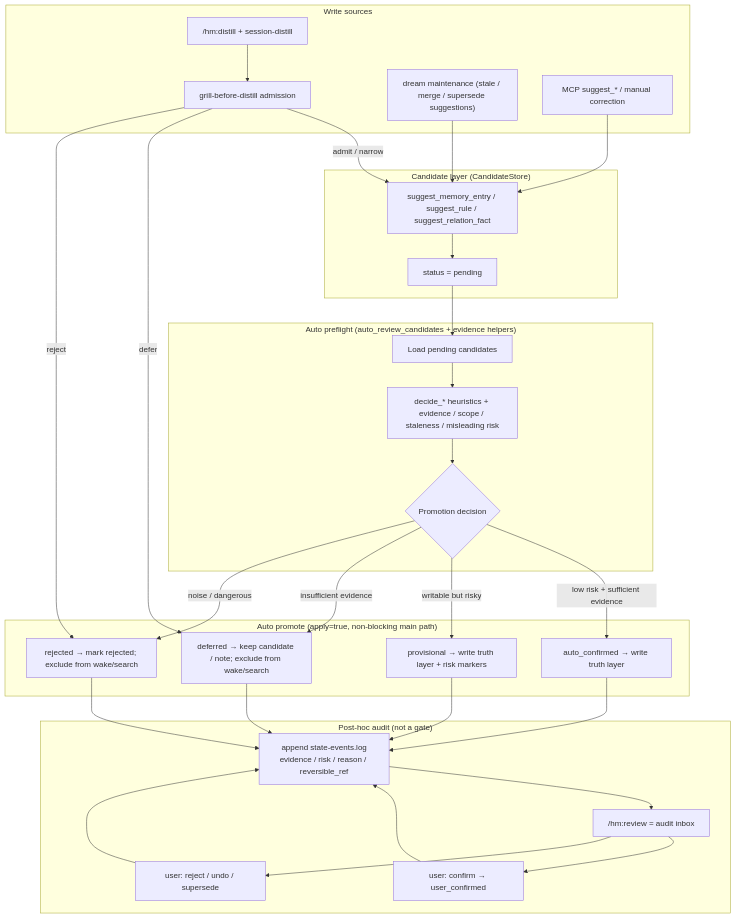
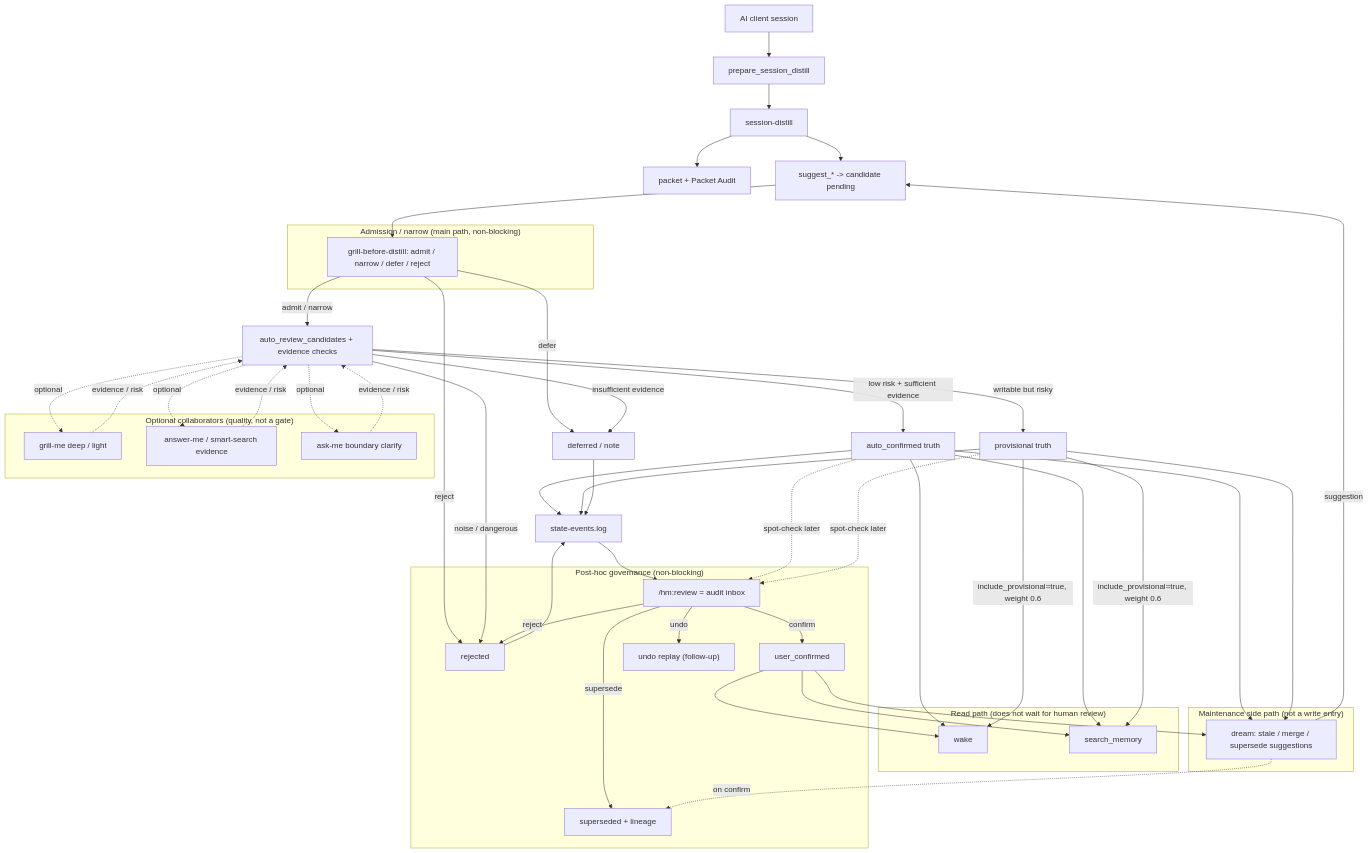
One commit to manhua-man/harness-mem changed the first of 3 diagrams in docs/auto-promoted-memory-governance.md. Above: the diagram before and after it, drawn with Mermaid. The commit also changed other lines of this file and 40 other files, not shown here.

Commit message:
release(0.8.11): remove accepted read compat and wire seven-status governance

````diff
--- a/docs/auto-promoted-memory-governance.md
+++ b/docs/auto-promoted-memory-governance.md
@@ -57,58 +44,65 @@
 ```mermaid
 flowchart TD
-    subgraph sources["Write sources"]
-        D1["/hm:distill + session-distill"]
-        D2["grill-before-distill admission"]
-        D3["dream maintenance (stale / merge / supersede suggestions)"]
-        D4["MCP suggest_* / manual correction"]
+    SRC["AI client session"] --> PREP["prepare_session_distill"]
+    PREP --> SD["session-distill"]
+    SD --> PKT["packet + Packet Audit"]
+    SD --> CAND["suggest_* -> candidate pending"]
+
+    subgraph ADMISSION["Admission / narrow (main path, non-blocking)"]
+        G["grill-before-distill: admit / narrow / defer / reject"]
     end
 
-    subgraph intake["Candidate layer (CandidateStore)"]
-        S1["suggest_memory_entry / suggest_rule / suggest_relation_fact"]
-        S2["status = pending"]
+    CAND --> G
+    G -->|admit / narrow| PREF["auto_review_candidates + evidence checks"]
+    G -->|defer| DEFERRED["deferred / note"]
+    G -->|reject| REJECTED["rejected"]
+
+    subgraph HELPERS["Optional collaborators (quality, not a gate)"]
+        H1["grill-me deep / light"]
+        H2["answer-me / smart-search evidence"]
+        H3["ask-me boundary clarify"]
     end
 
-    subgraph preflight["Auto preflight (auto_review_candidates + evidence helpers)"]
-        P1["Load pending candidates"]
-        P2["decide_* heuristics + evidence / scope / staleness / misleading risk"]
-        P3{"Promotion decision"}
+    PREF -.optional.-> H1
+    PREF -.optional.-> H2
+    PREF -.optional.-> H3
+    H1 & H2 & H3 -.evidence / risk.-> PREF
+
+    PREF -->|low risk + sufficient evidence| AUTO["auto_confirmed truth"]
+    PREF -->|writable but risky| PROV["provisional truth"]
+    PREF -->|insufficient evidence| DEFERRED
+    PREF -->|noise / dangerous| REJECTED
+
+    AUTO --> LEDGER["state-events.log"]
+    PROV --> LEDGER
+    DEFERRED --> LEDGER
+    REJECTED --> LEDGER
+
+    subgraph READ["Read path (does not wait for human review)"]
+        WAKE["wake"]
+        SEARCH["search_memory"]
     end
 
-    subgraph promote["Auto promote (apply=true, non-blocking main path)"]
-        A1["auto_confirmed → write truth layer"]
-        A2["provisional → write truth layer + risk markers"]
-        A3["deferred → keep candidate / note; exclude from wake/search"]
-        A4["rejected → mark rejected; exclude from wake/search"]
+    AUTO --> WAKE & SEARCH
+    PROV -->|"include_provisional=true, weight 0.6"| WAKE & SEARCH
+    USER["user_confirmed"] --> WAKE & SEARCH
+
+    subgraph AUDIT["Post-hoc governance (non-blocking)"]
+        INBOX["/hm:review = audit inbox"]
+        INBOX -->|confirm| USER
+        INBOX -->|reject| REJECTED
+        INBOX -->|undo| UNDO["undo replay (follow-up)"]
+        INBOX -->|supersede| SUPER["superseded + lineage"]
     end
 
-    subgraph audit["Post-hoc audit (not a gate)"]
-        L1["append state-events.log<br/>evidence / risk / reason / reversible_ref"]
-        R1["/hm:review = audit inbox"]
-        R2["user: confirm → user_confirmed"]
-        R3["user: reject / undo / supersede"]
+    LEDGER --> INBOX
+    AUTO & PROV -.spot-check later.-> INBOX
+
+    subgraph MAINTAIN["Maintenance side path (not a write entry)"]
+        DREAM["dream: stale / merge / supersede suggestions"]
     end
 
-    D1 --> D2
-    D2 -->|"admit / narrow"| S1
-    D2 -->|"defer"| A3
-    D2 -->|"reject"| A4
-    D3 --> S1
-    D4 --> S1
-    S1 --> S2
-    S2 --> P1 --> P2 --> P3
-
-    P3 -->|"low risk + sufficient evidence"| A1
-    P3 -->|"writable but risky"| A2
-    P3 -->|"insufficient evidence"| A3
-    P3 -->|"noise / dangerous"| A4
-
-    A1 --> L1
-    A2 --> L1
-    A3 --> L1
-    A4 --> L1
-    L1 --> R1
-    R1 --> R2
-    R1 --> R3
-    R2 --> L1
-    R3 --> L1
+    AUTO & PROV & USER --> DREAM
+    DREAM -->|suggestion| CAND
+    DREAM -.on confirm.-> SUPER
 ```
````
